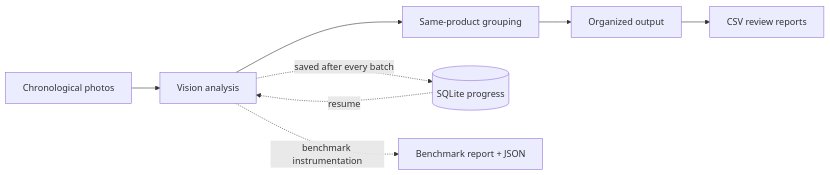
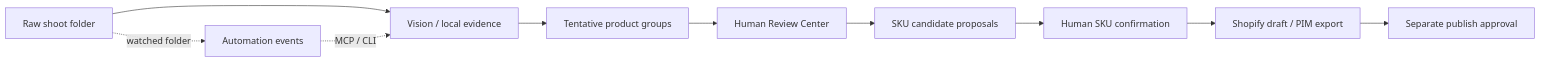
The diagram in README.md (mhmdwaelanwr/CatalogMesh), drawn with Mermaid before and after one commit. The commit also changed other lines of this file and 6 other files, not shown here.

````diff
--- a/README.md
+++ b/README.md
@@ -221,10 +66,12 @@
 ```mermaid
 flowchart LR
-    A[Chronological photos] --> B[Vision analysis]
-    B --> C[Same-product grouping]
-    C --> D[Organized output]
-    D --> E[CSV review reports]
-    B -. saved after every batch .-> F[(SQLite progress)]
-    F -. resume .-> B
-    B -. benchmark instrumentation .-> G[Benchmark report + JSON]
+    A[Raw shoot folder] --> B[Vision / local evidence]
+    B --> C[Tentative product groups]
+    C --> D[Human Review Center]
+    D --> E[SKU candidate proposals]
+    E --> F[Human SKU confirmation]
+    F --> G[Shopify draft / PIM export]
+    G --> H[Separate publish approval]
+    A -. watched folder .-> I[Automation events]
+    I -. MCP / CLI .-> B
 ```
````
